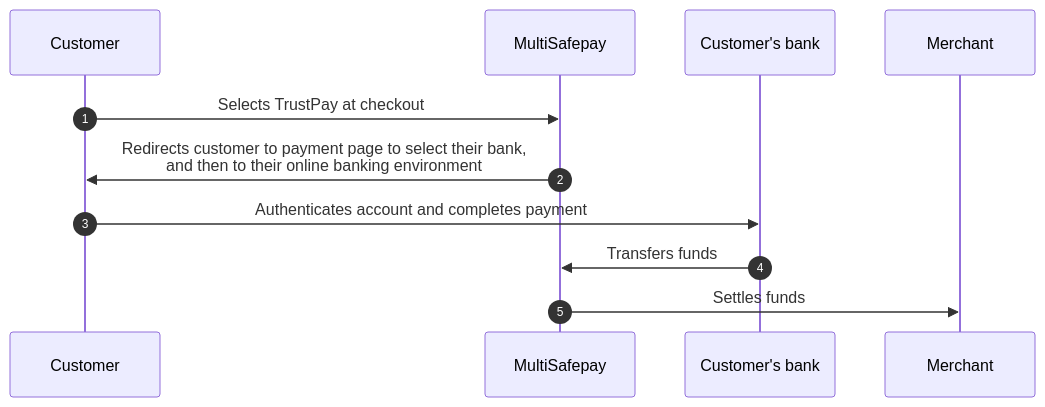
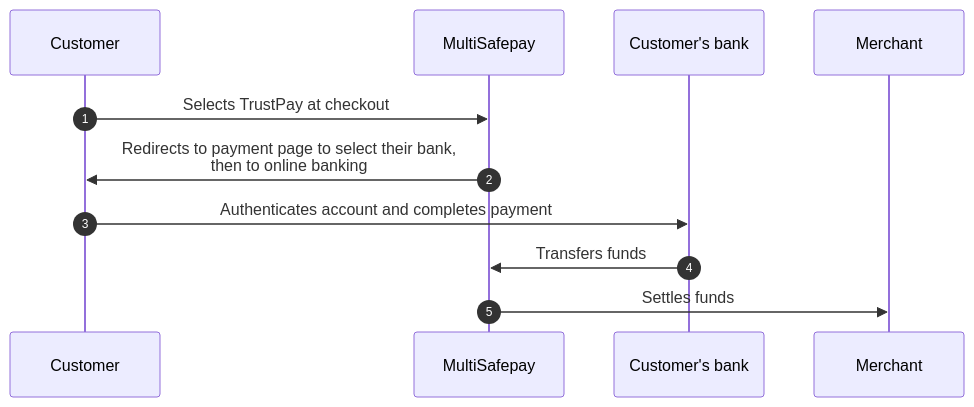
The diagram in content/payments/methods/banks/trustpay/payment-flow.md (MultiSafepay/docs), drawn with Mermaid before and after one commit. The commit also changed other lines of this file and 35 other files, not shown here.

```diff
--- a/content/payments/methods/banks/trustpay/payment-flow.md
+++ b/content/payments/methods/banks/trustpay/payment-flow.md
@@ -17,16 +17,16 @@
 {{< mermaid class="text-center" >}}
 
 sequenceDiagram
     autonumber
     participant C as Customer
     participant Mu as MultiSafepay
     participant CB as Customer's bank
     participant Me as Merchant
 
     C->>Mu: Selects TrustPay at checkout
-    Mu->>C: Redirects customer to payment page to select their bank, <br> and then to their online banking environment
+    Mu->>C: Redirects to payment page to select their bank, <br> then to online banking
     C->>CB: Authenticates account and completes payment
     CB->>Mu: Transfers funds 
     Mu->>Me: Settles funds
 
 {{< /mermaid >}}
```
